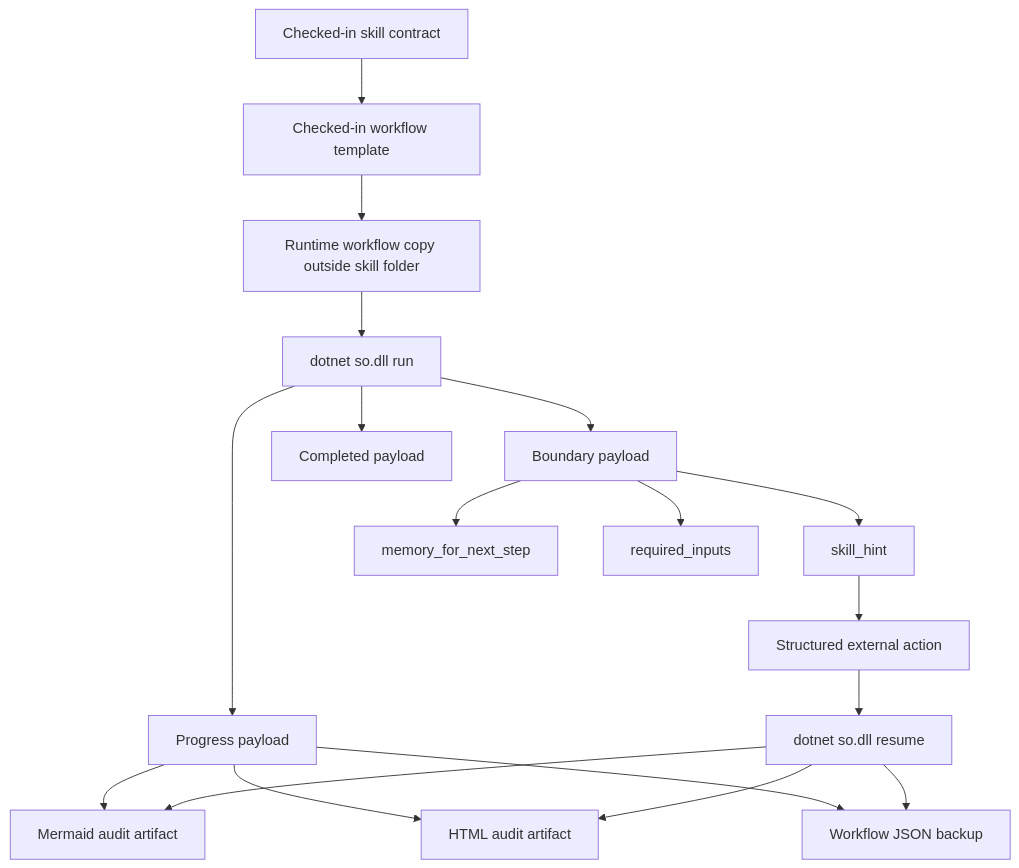
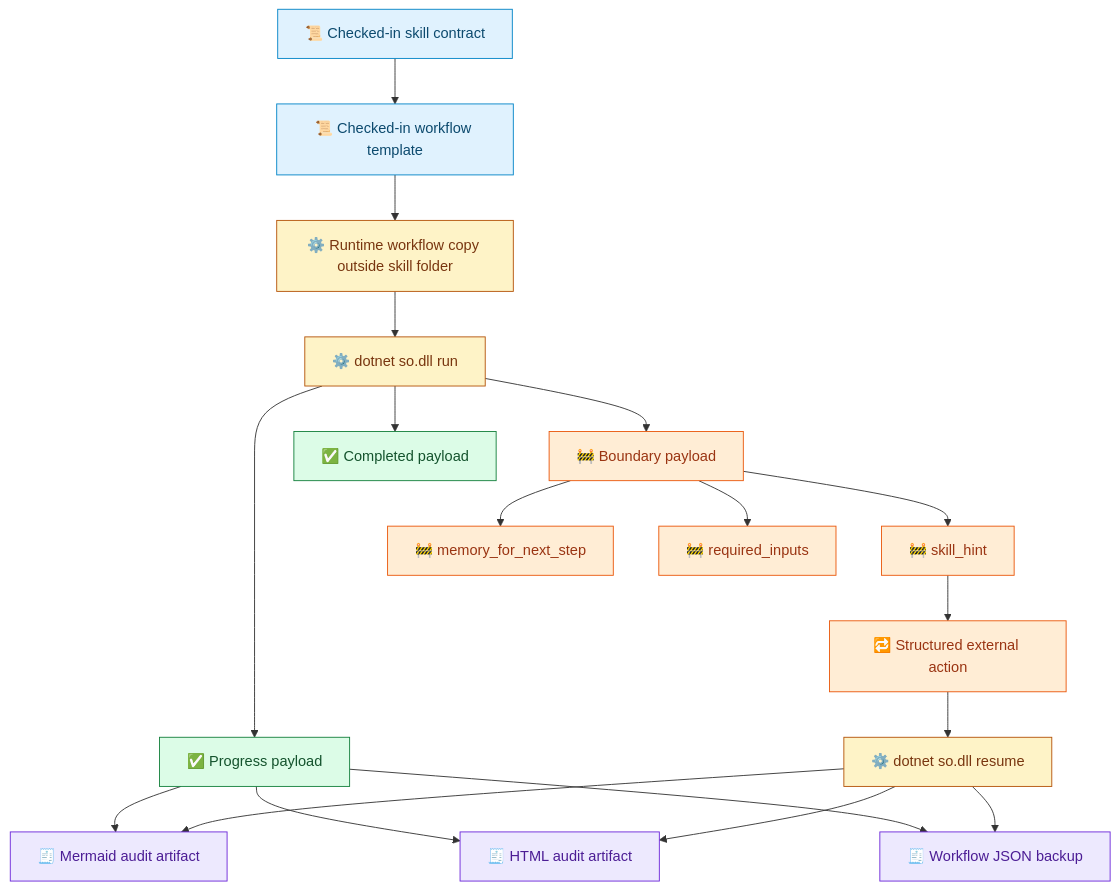
Before and after one commit to waynebaby/Techne-Loom: the second of 2 diagrams in README.md, drawn with Mermaid. The commit also changed other lines of this file and 19 other files, not shown here.

Commit message:
Standardize Mermaid accessibility across docs

````diff
--- a/README.md
+++ b/README.md
@@ -237,20 +240,34 @@
 ```mermaid
 flowchart TD
-    A[Checked-in skill contract] --> B[Checked-in workflow template]
-    B --> C[Runtime workflow copy outside skill folder]
-    C --> D[dotnet so.dll run]
-    D --> E[Progress payload]
-    D --> F[Boundary payload]
-    D --> G[Completed payload]
-    E --> H[Mermaid audit artifact]
-    E --> I[HTML audit artifact]
-    E --> J[Workflow JSON backup]
-    F --> K[skill_hint]
-    F --> L[memory_for_next_step]
-    F --> M[required_inputs]
-    K --> N[Structured external action]
-    N --> O[dotnet so.dll resume]
+    A[📜 Checked-in skill contract] --> B[📜 Checked-in workflow template]
+    B --> C[⚙️ Runtime workflow copy outside skill folder]
+    C --> D[⚙️ dotnet so.dll run]
+    D --> E[✅ Progress payload]
+    D --> F[🚧 Boundary payload]
+    D --> G[✅ Completed payload]
+    E --> H[🧾 Mermaid audit artifact]
+    E --> I[🧾 HTML audit artifact]
+    E --> J[🧾 Workflow JSON backup]
+    F --> K[🚧 skill_hint]
+    F --> L[🚧 memory_for_next_step]
+    F --> M[🚧 required_inputs]
+    K --> N[🔁 Structured external action]
+    N --> O[⚙️ dotnet so.dll resume]
     O --> H
     O --> I
     O --> J
+
+    classDef contract fill:#E0F2FE,stroke:#0284C7,color:#0C4A6E;
+    classDef runtime fill:#FEF3C7,stroke:#B45309,color:#78350F;
+    classDef output fill:#DCFCE7,stroke:#15803D,color:#14532D;
+    classDef boundary fill:#FFEDD5,stroke:#EA580C,color:#9A3412;
+    classDef audit fill:#EDE9FE,stroke:#6D28D9,color:#4C1D95;
+
+    class A,B contract;
+    class C,D,O runtime;
+    class E,G output;
+    class F,K,L,M boundary;
+    class H,I,J audit;
+
+    class N boundary;
 ```
````
